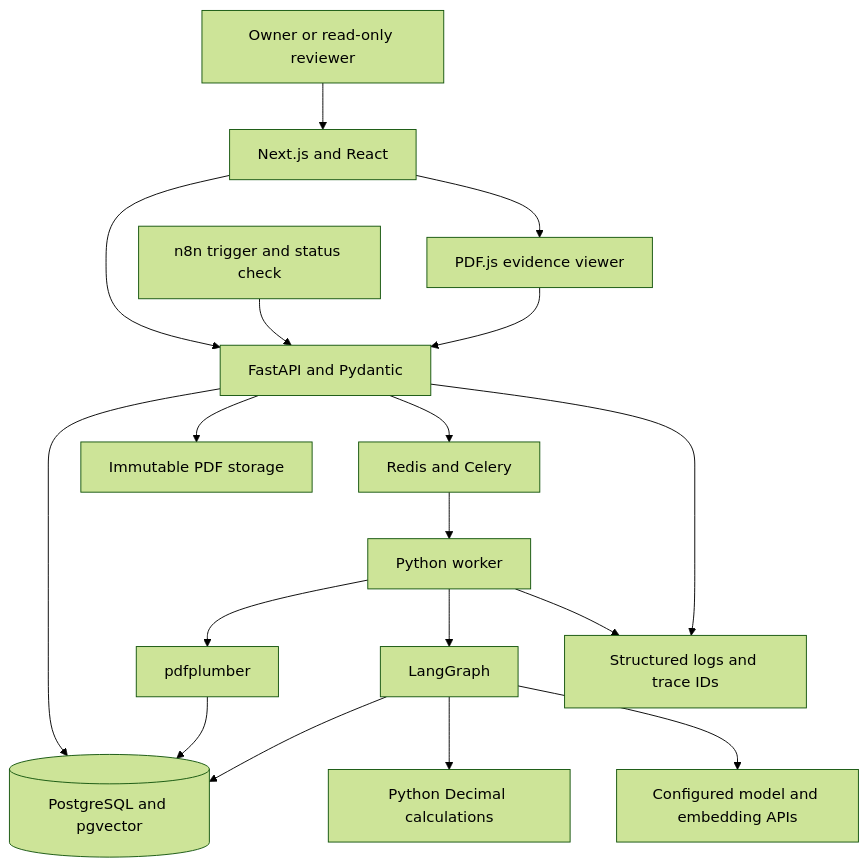
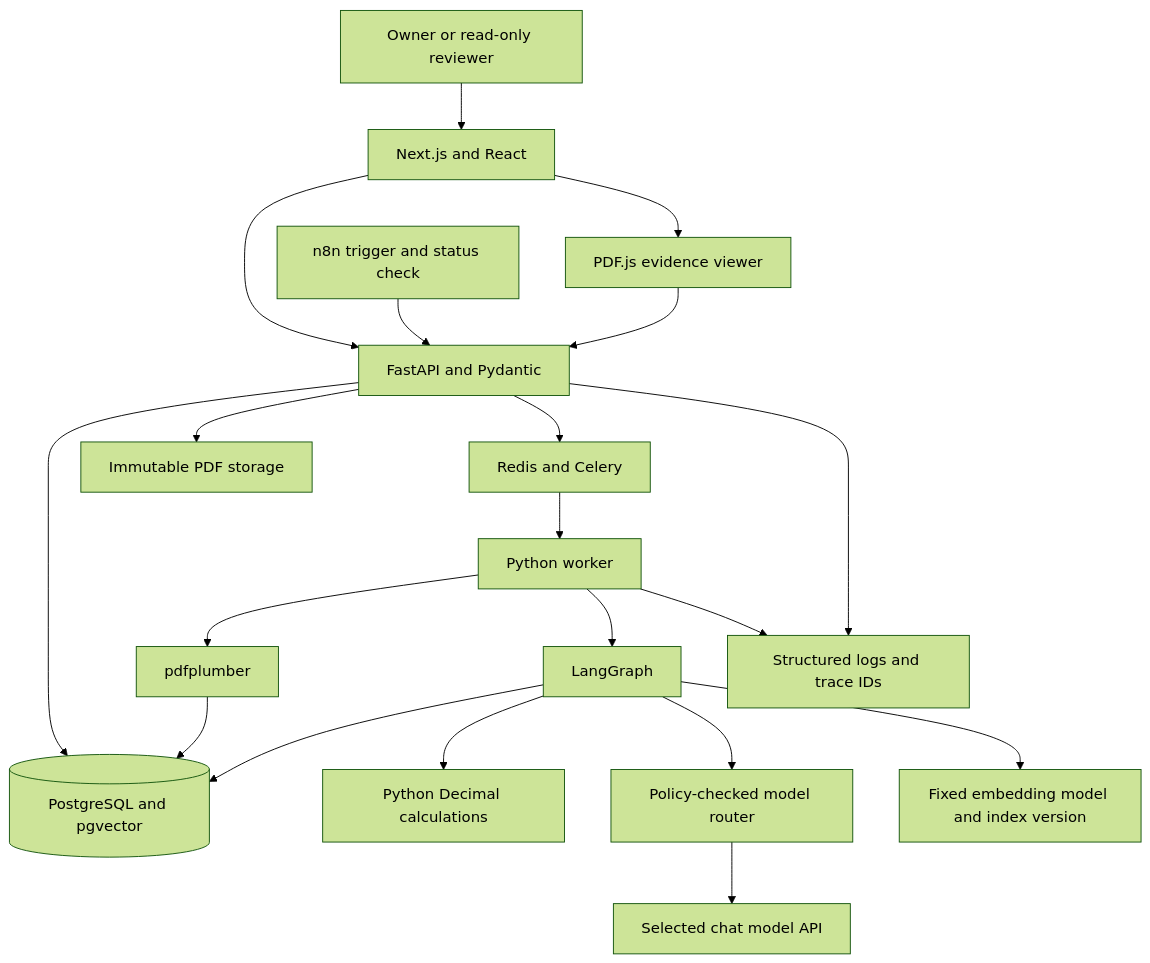
The first of 3 diagrams in docs/FINANCIAL_REPORT_DEVELOPMENT_PROPOSAL.md (ByronHo68/ai-learning-academy), drawn with Mermaid (forest theme) before and after one commit. The commit also changed other lines of this file and 16 other files, not shown here.

````diff
--- a/docs/FINANCIAL_REPORT_DEVELOPMENT_PROPOSAL.md
+++ b/docs/FINANCIAL_REPORT_DEVELOPMENT_PROPOSAL.md
@@ -71,20 +71,22 @@
 ```mermaid
 flowchart TD
     User[Owner or read-only reviewer] --> Web[Next.js and React]
     Web --> API[FastAPI and Pydantic]
     API --> DB[(PostgreSQL and pgvector)]
     API --> Files[Immutable PDF storage]
     API --> Queue[Redis and Celery]
     Queue --> Worker[Python worker]
     Worker --> Parser[pdfplumber]
     Worker --> Graph[LangGraph]
     Parser --> DB
     Graph --> DB
     Graph --> Decimal[Python Decimal calculations]
-    Graph --> Model[Configured model and embedding APIs]
+    Graph --> Router[Policy-checked model router]
+    Router --> Model[Selected chat model API]
+    Graph --> Embeddings[Fixed embedding model and index version]
     Web --> Viewer[PDF.js evidence viewer]
     Viewer --> API
     N8N[n8n trigger and status check] --> API
     API --> Logs[Structured logs and trace IDs]
     Worker --> Logs
 ```
````
